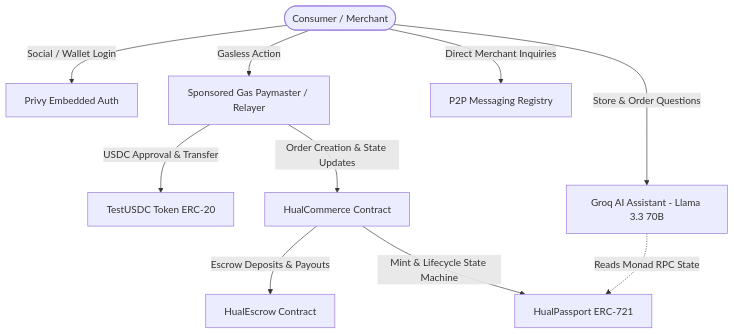
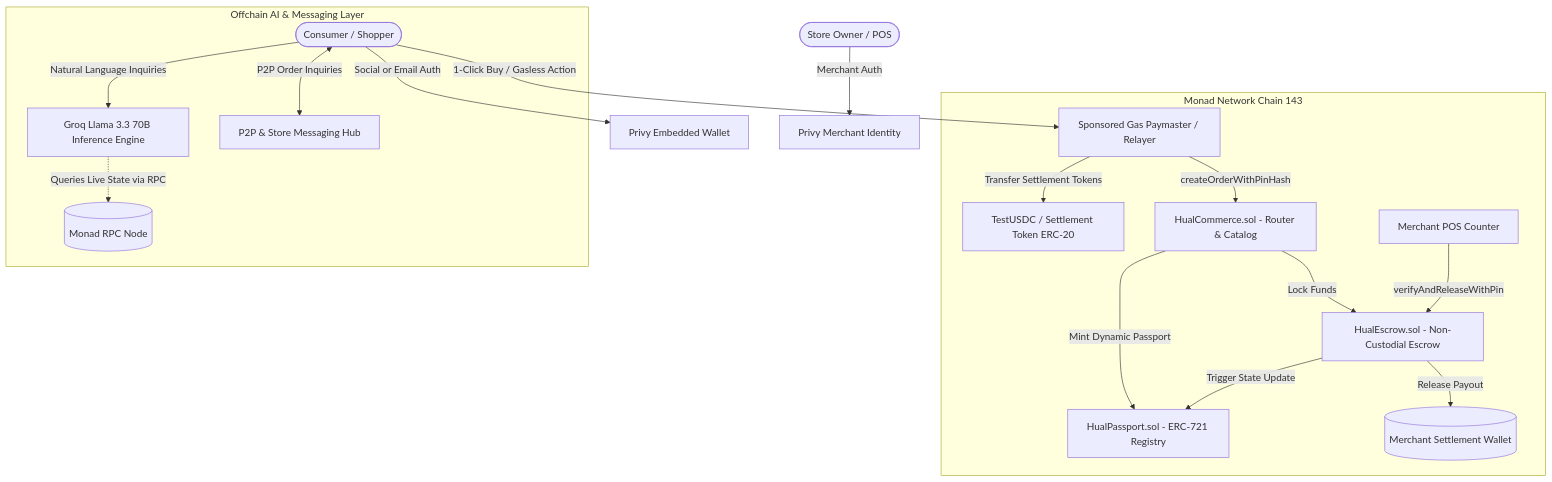
One commit to OpeyemiMoses/Haul changed the first of 2 diagrams in README.md. Above: the diagram before and after it, drawn with Mermaid. The commit also changed other lines of this file, not shown here.

Commit message:
docs: enrich README with complete protocol architecture, judges walkthrough, and state machine

````diff
--- a/README.md
+++ b/README.md
@@ -82,16 +132,26 @@
 ```mermaid
 graph TD
-    User([Consumer / Merchant]) -->|Social / Wallet Login| Privy[Privy Embedded Auth]
-    User -->|Gasless Action| Relayer[Sponsored Gas Paymaster / Relayer]
+    User([Consumer / Shopper]) -->|Social or Email Auth| Privy[Privy Embedded Wallet]
+    Merchant([Store Owner / POS]) -->|Merchant Auth| PrivyMerchant[Privy Merchant Identity]
     
-    Relayer -->|USDC Approval & Transfer| USDC[TestUSDC Token ERC-20]
-    Relayer -->|Order Creation & State Updates| Commerce[HualCommerce Contract]
+    User -->|1-Click Buy / Gasless Action| Relayer[Sponsored Gas Paymaster / Relayer]
     
-    Commerce -->|Escrow Deposits & Payouts| Escrow[HualEscrow Contract]
-    Commerce -->|Mint & Lifecycle State Machine| Passport[HualPassport ERC-721]
+    subgraph Monad Network Chain 143
+        Relayer -->|Transfer Settlement Tokens| USDC[TestUSDC / Settlement Token ERC-20]
+        Relayer -->|createOrderWithPinHash| Commerce[HualCommerce.sol - Router & Catalog]
+        
+        Commerce -->|Lock Funds| Escrow[HualEscrow.sol - Non-Custodial Escrow]
+        Commerce -->|Mint Dynamic Passport| Passport[HualPassport.sol - ERC-721 Registry]
+        
+        MerchantMerchant[Merchant POS Counter] -->|verifyAndReleaseWithPin| Escrow
+        Escrow -->|Release Payout| MerchantWallet[(Merchant Settlement Wallet)]
+        Escrow -->|Trigger State Update| Passport
+    end
     
-    User -->|Store & Order Questions| Groq[Groq AI Assistant - Llama 3.3 70B]
-    Groq -.->|Reads Monad RPC State| Passport
-    
-    User -->|Direct Merchant Inquiries| Messaging[P2P Messaging Registry]
+    subgraph Offchain AI & Messaging Layer
+        User -->|Natural Language Inquiries| GroqAI[Groq Llama 3.3 70B Inference Engine]
+        GroqAI -.->|Queries Live State via RPC| MonadRPC[(Monad RPC Node)]
+        
+        User <-->|P2P Order Inquiries| MessageHub[P2P & Store Messaging Hub]
+    end
 ```
````
